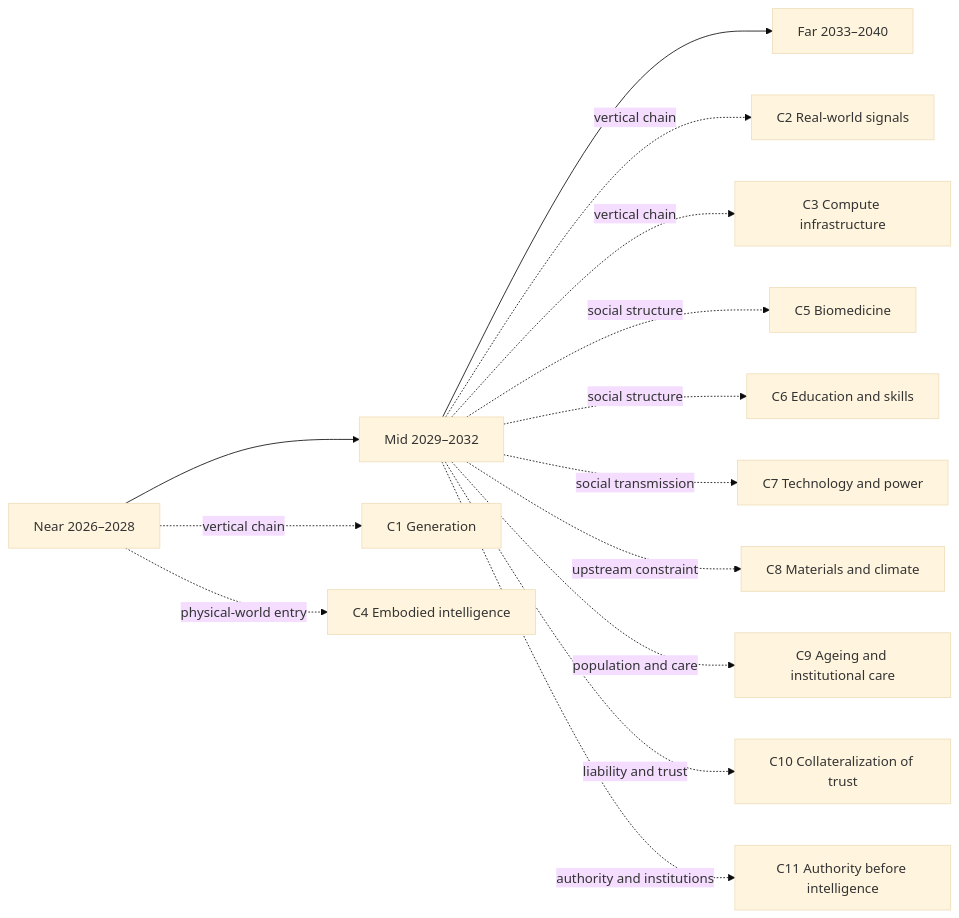
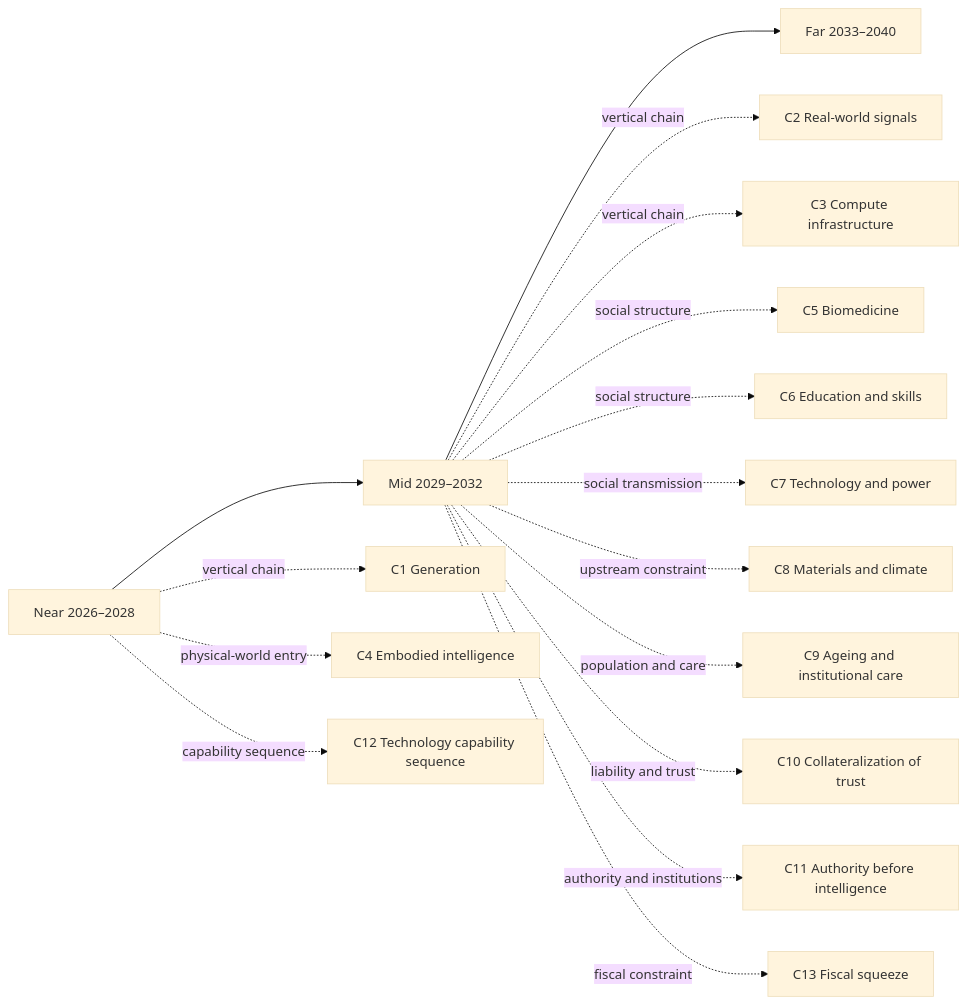
Before and after one commit to SenZhangAI/foresight-by-ai: the diagram in docs/en/10-near.md, drawn with Mermaid (base theme). The commit also changed other lines of this file and 5 other files, not shown here.

````diff
--- a/docs/en/10-near.md
+++ b/docs/en/10-near.md
@@ -17,16 +17,18 @@
 ```mermaid
 flowchart LR
   N[Near 2026–2028] --> M[Mid 2029–2032]
   M --> F[Far 2033–2040]
   N -.vertical chain.-> C1[C1 Generation]
   M -.vertical chain.-> C2[C2 Real-world signals]
   M -.vertical chain.-> C3[C3 Compute infrastructure]
   N -.physical-world entry.-> C4[C4 Embodied intelligence]
   M -.social structure.-> C5[C5 Biomedicine]
   M -.social structure.-> C6[C6 Education and skills]
   M -.social transmission.-> C7[C7 Technology and power]
   M -.upstream constraint.-> C8[C8 Materials and climate]
   M -.population and care.-> C9[C9 Ageing and institutional care]
   M -.liability and trust.-> C10[C10 Collateralization of trust]
   M -.authority and institutions.-> C11[C11 Authority before intelligence]
+  N -.capability sequence.-> C12[C12 Technology capability sequence]
+  M -.fiscal constraint.-> C13[C13 Fiscal squeeze]
 ```
````
